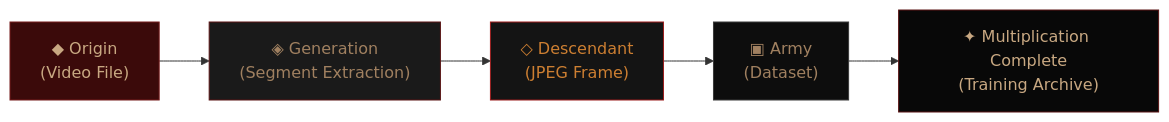
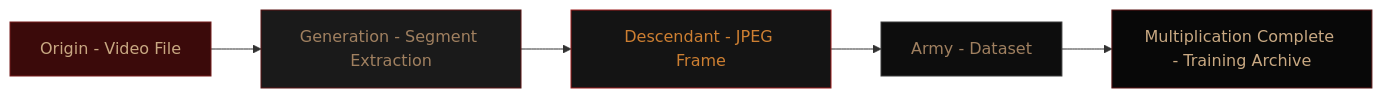
Before and after one commit to ArunVijaykumarcsds/raktabeej: the sixth of 7 diagrams in README.md, drawn with Mermaid. The commit also changed other lines of this file, not shown here.

Commit message:
Refactor Mermaid diagrams for clarity and consistency

````diff
--- a/README.md
+++ b/README.md
@@ -1113,13 +1105,13 @@
 ```mermaid
 graph LR
-    A["◆ Origin\n(Video File)"] --> B["◈ Generation\n(Segment Extraction)"]
-    B --> C["◇ Descendant\n(JPEG Frame)"]
-    C --> D["▣ Army\n(Dataset)"]
-    D --> E["✦ Multiplication Complete\n(Training Archive)"]
+    A["Origin - Video File"] --> B["Generation - Segment Extraction"]
+    B --> C["Descendant - JPEG Frame"]
+    C --> D["Army - Dataset"]
+    D --> E["Multiplication Complete - Training Archive"]
 
     style A fill:#3b0a0a,color:#c8a882,stroke:#771d1d
     style B fill:#1a1a1a,color:#a08060,stroke:#5a1515
     style C fill:#141414,color:#cd7f32,stroke:#9b1c1c
     style D fill:#0d0d0d,color:#a08060,stroke:#3a3a3a
     style E fill:#080808,color:#c8a882,stroke:#5a1515
 ```
````
